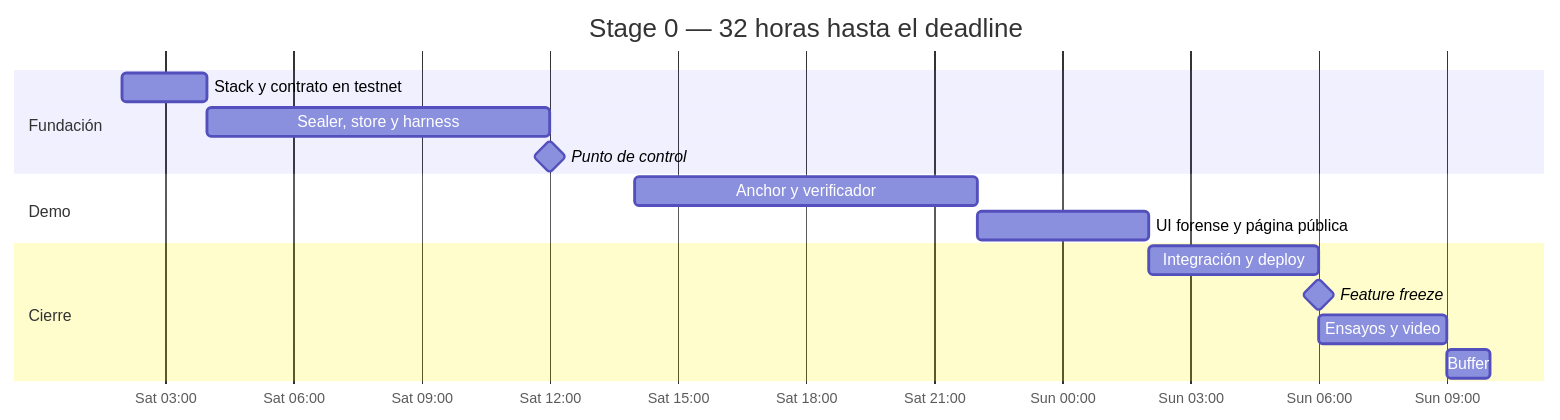
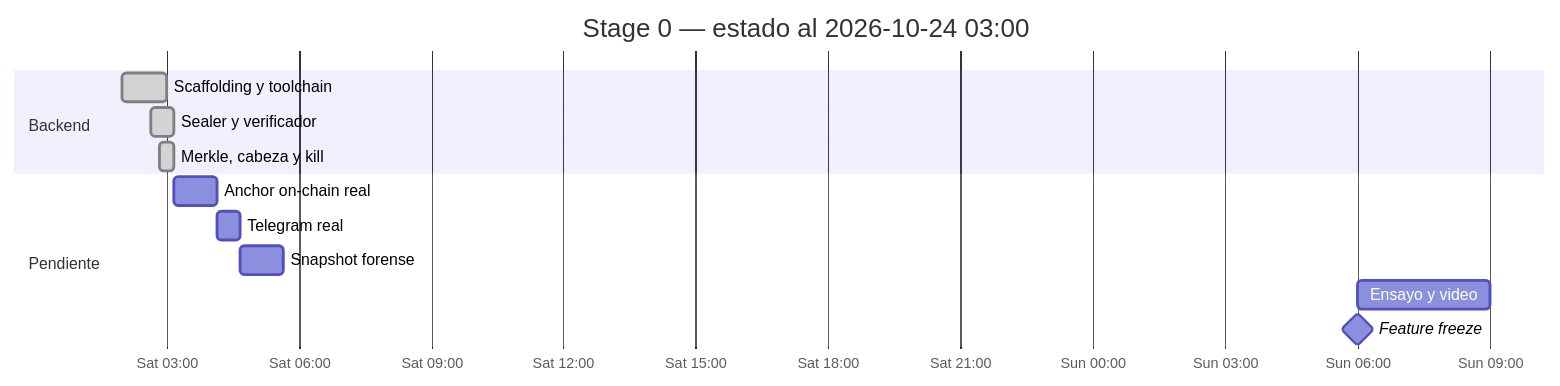
The third of 3 diagrams in docs/roadmaps/stage-0-mvp-demo.md (BriLuzaOG/Constancia), drawn with Mermaid before and after one commit. The commit also changed other lines of this file and 25 other files, not shown here.

First line of the commit message:
feat(evidence): complete stage 0 backend

````diff
--- a/docs/roadmaps/stage-0-mvp-demo.md
+++ b/docs/roadmaps/stage-0-mvp-demo.md
@@ -103,21 +159,18 @@
 ```mermaid
 gantt
-    title Stage 0 — 32 horas hasta el deadline
+    title Stage 0 — estado al 2026-10-24 03:00
     dateFormat YYYY-MM-DD HH:mm
     axisFormat %a %H:%M
 
-    section Fundación
-    Stack y contrato en testnet :a1, 2026-10-24 02:00, 2h
-    Sealer, store y harness      :a2, 2026-10-24 04:00, 8h
-    Punto de control             :milestone, m1, 2026-10-24 12:00, 0h
+    section Backend
+    Scaffolding y toolchain      :done, a1, 2026-10-24 02:00, 1h
+    Sealer y verificador        :done, a2, 2026-10-24 02:40, 30m
+    Merkle, cabeza y kill       :done, a3, 2026-10-24 02:50, 20m
 
-    section Demo
-    Anchor y verificador         :b1, 2026-10-24 14:00, 8h
-    UI forense y página pública  :b2, 2026-10-24 22:00, 4h
-
-    section Cierre
-    Integración y deploy         :c1, 2026-10-25 02:00, 4h
-    Feature freeze               :milestone, m2, 2026-10-25 06:00, 0h
-    Ensayos y video              :c2, 2026-10-25 06:00, 3h
-    Buffer                       :c3, 2026-10-25 09:00, 1h
+    section Pendiente
+    Anchor on-chain real        :b1, 2026-10-24 03:10, 1h
+    Telegram real               :b2, 2026-10-24 04:10, 30m
+    Snapshot forense            :b3, 2026-10-24 04:40, 1h
+    Ensayo y video              :c1, 2026-10-25 06:00, 3h
+    Feature freeze              :milestone, m1, 2026-10-25 06:00, 0h
 ```
````
